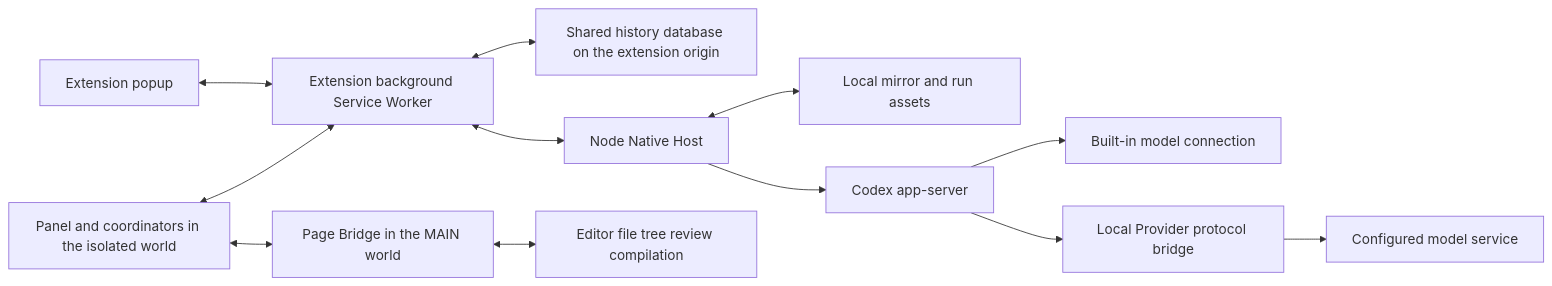
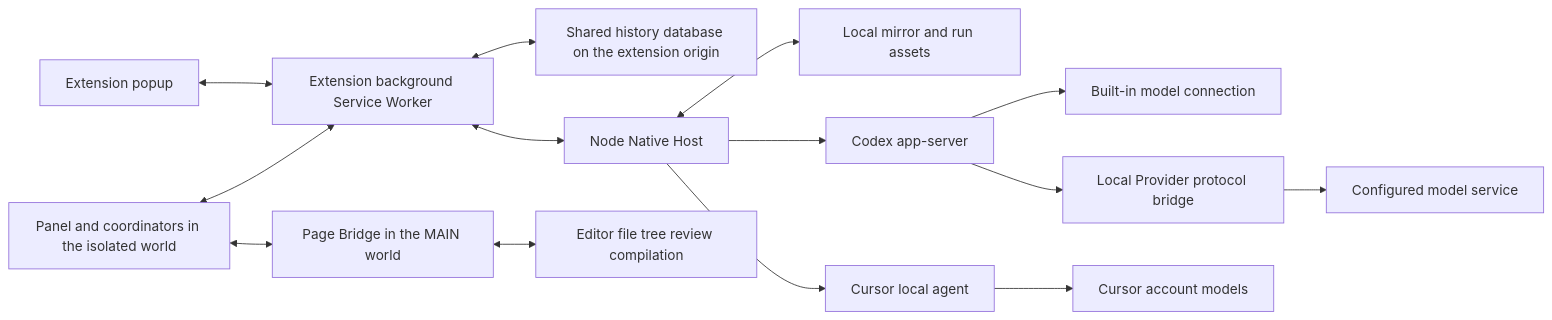
Before and after one commit to Ghqqqq/codex-overleaf-link: the first of 2 diagrams in docs/architecture/system-overview.md, drawn with Mermaid. The commit also changed other lines of this file and 50 other files, not shown here.

````diff
--- a/docs/architecture/system-overview.md
+++ b/docs/architecture/system-overview.md
@@ -9,14 +9,16 @@
 ```mermaid
 flowchart LR
     Popup[Extension popup] <--> Background[Extension background Service Worker]
     Content[Panel and coordinators in the isolated world] <--> Background
     Content <--> Page[Page Bridge in the MAIN world]
     Page <--> Overleaf[Editor file tree review compilation]
     Background <--> Store[Shared history database on the extension origin]
     Background <--> Native[Node Native Host]
     Native <--> Mirror[Local mirror and run assets]
     Native --> Codex[Codex app-server]
+    Native --> CursorAgent[Cursor local agent]
     Codex --> Builtin[Built-in model connection]
     Codex --> Bridge[Local Provider protocol bridge]
     Bridge --> Upstream[Configured model service]
+    CursorAgent --> CursorAccount[Cursor account models]
 ```
````
